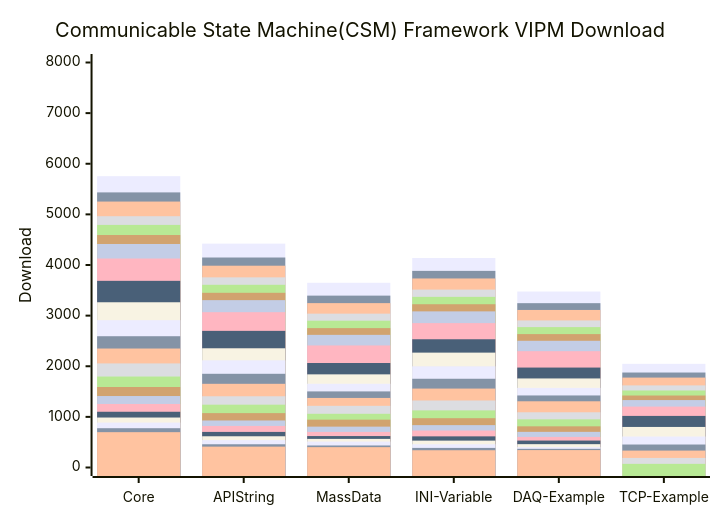
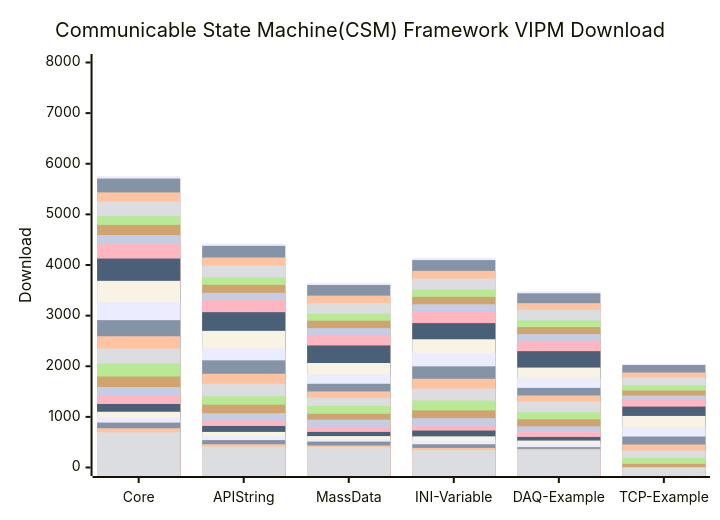
Before and after one commit to NEVSTOP-LAB/.github: the diagram in profile/README.md, drawn with Mermaid.

Commit message:
fix: update download counts and add historical data to README

````diff
--- a/profile/README.md
+++ b/profile/README.md
@@ -31,29 +31,30 @@
 ```mermaid
     xychart-beta
     title "Communicable State Machine(CSM) Framework VIPM Download"
     x-axis [Core, API String, MassData, INI-Variable, DAQ-Example, TCP-Example]
     y-axis "Download" 0 --> 8000
     bar   [5754, 4422, 3649, 4138, 3476, 2048, 2026.04]
-    bar   [5434, 4148, 3395, 3884, 3246, 1876, 2026.03]
-    bar   [5253, 3986, 3247, 3734, 3112, 1776, 2026.02]
-    bar   [4964, 3756, 3039, 3514, 2905, 1622, 2026.01]
-    bar   [4792, 3609, 2900, 3371, 2773, 1521, 2025.12]
-    bar   [4592, 3451, 2753, 3225, 2635, 1422, 2025.11]
-    bar   [4415, 3306, 2620, 3084, 2503, 1332, 2025.10]
-    bar   [4128, 3068, 2411, 2852, 2298, 1203]
-    bar   [3687, 2699, 2064, 2533, 1974, 1019]
-    bar   [3264, 2355, 1840, 2269, 1759, 801]
-    bar   [2910, 2117, 1654, 1998, 1573, 612]
-    bar   [2593, 1851, 1503, 1753, 1423, 454]
-    bar   [2350, 1653, 1374, 1559, 1308, 334]
-    bar   [2056, 1407, 1218, 1324, 1091, 189]
-    bar   [1797, 1241, 1061, 1128, 951, 72]
-    bar   [1590, 1074, 945, 974, 813]
-    bar   [1412, 929, 807, 837, 704]
-    bar   [1255, 821, 703, 730, 604]
-    bar   [1101, 703, 621, 615, 532]
-    bar   [987, 617, 565, 531, 461]
-    bar   [887, 541, 512, 459, 402]
-    bar   [776, 459, 435, 387, 369]
-    bar   [698, 412, 402, 341, 344]
+    bar   [5708, 4379, 3605, 4097, 3441, 2024, 2026.03]
+    bar   [5434, 4148, 3395, 3884, 3246, 1876, 2026.02]
+    bar   [5253, 3986, 3247, 3734, 3112, 1776, 2026.01]
+    bar   [4964, 3756, 3039, 3514, 2905, 1622, 2025.12]
+    bar   [4792, 3609, 2900, 3371, 2773, 1521, 2025.11]
+    bar   [4592, 3451, 2753, 3225, 2635, 1422, 2025.10]
+    bar   [4415, 3306, 2620, 3084, 2503, 1332, 2025.09]
+    bar   [4128, 3068, 2411, 2852, 2298, 1203, 2025.08]
+    bar   [3687, 2699, 2064, 2533, 1974, 1019, 2025.07]
+    bar   [3264, 2355, 1840, 2269, 1759, 801, 2025.06]
+    bar   [2910, 2117, 1654, 1998, 1573, 612, 2025.05]
+    bar   [2593, 1851, 1503, 1753, 1423, 454, 2025.04]
+    bar   [2350, 1653, 1374, 1559, 1308, 334, 2025.03]
+    bar   [2056, 1407, 1218, 1324, 1091, 189, 2025.02]
+    bar   [1797, 1241, 1061, 1128, 951, 72, 2025.01]
+    bar   [1590, 1074, 945, 974, 813, 0, 2024.12]
+    bar   [1412, 929, 807, 837, 704, 0, 2024.11]
+    bar   [1255, 821, 703, 730, 604, 0, 2024.10]
+    bar   [1101, 703, 621, 615, 532, 0, 2024.09]
+    bar   [987, 617, 565, 531, 461, 0, 2024.08]
+    bar   [887, 541, 512, 459, 402, 0, 2024.07]
+    bar   [776, 459, 435, 387, 369, 0, 2024.06]
+    bar   [698, 412, 402, 341, 344, 0, 2024.05]
 ```
````
